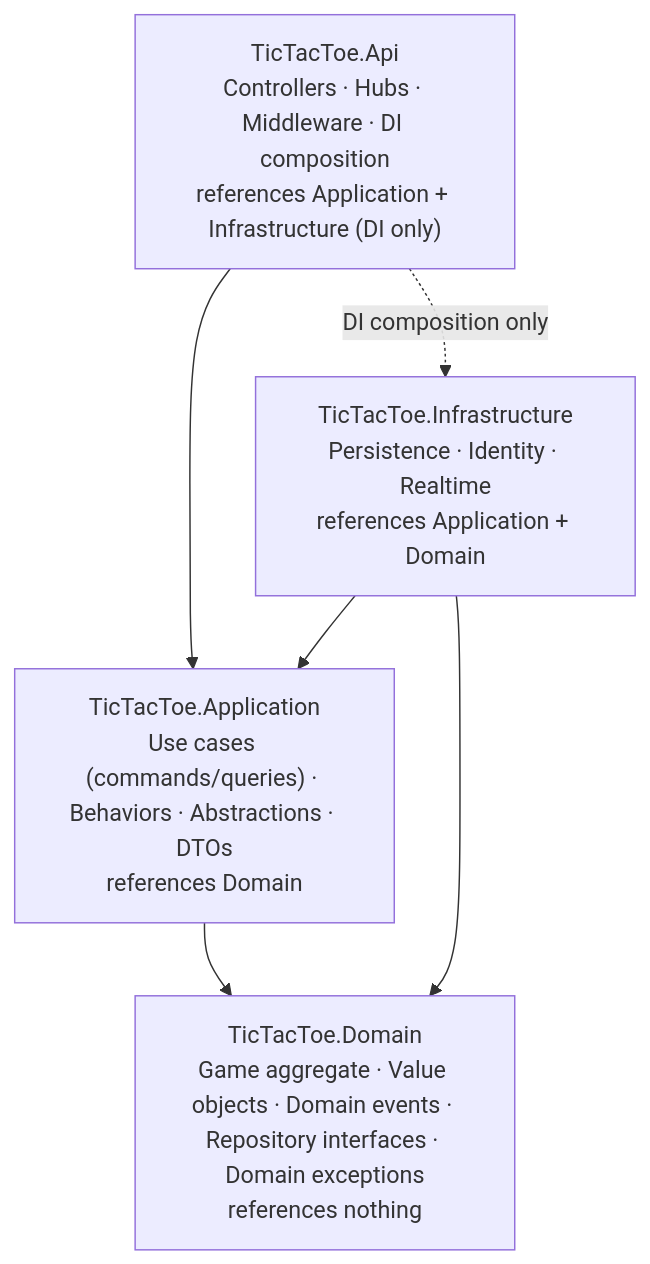
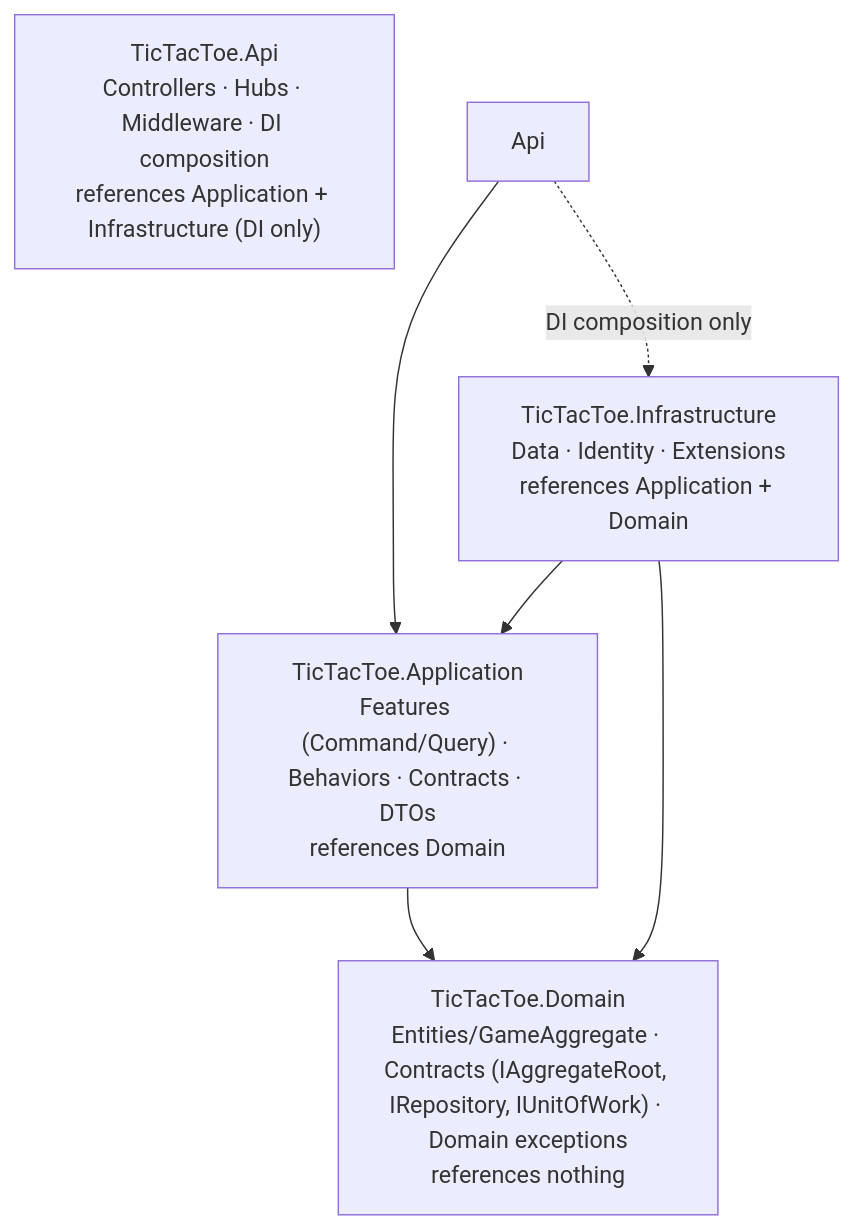
Before and after one commit to Nur-Al-Mumit/tic-tac-toe: the first of 2 diagrams in docs/01-architecture/clean-architecture-ddd.md, drawn with Mermaid. The commit also changed other lines of this file and 19 other files, not shown here.

First line of the commit message:
docs: align architecture, testing and CI documentation with the feature-based layout

````diff
--- a/docs/01-architecture/clean-architecture-ddd.md
+++ b/docs/01-architecture/clean-architecture-ddd.md
@@ -13,13 +13,13 @@
 ```mermaid
 flowchart TD
-    Api["TicTacToe.Api<br/>Controllers · Hubs · Middleware · DI composition<br/>references Application + Infrastructure (DI only)"]
-    Infra["TicTacToe.Infrastructure<br/>Persistence · Identity · Realtime<br/>references Application + Domain"]
-    App["TicTacToe.Application<br/>Use cases (commands/queries) · Behaviors · Abstractions · DTOs<br/>references Domain"]
-    Domain["TicTacToe.Domain<br/>Game aggregate · Value objects · Domain events · Repository interfaces · Domain exceptions<br/>references nothing"]
+    Web["TicTacToe.Api<br/>Controllers · Hubs · Middleware · DI composition<br/>references Application + Infrastructure (DI only)"]
+    Infra["TicTacToe.Infrastructure<br/>Data · Identity · Extensions<br/>references Application + Domain"]
+    App["TicTacToe.Application<br/>Features (Command/Query) · Behaviors · Contracts · DTOs<br/>references Domain"]
+    Domain["TicTacToe.Domain<br/>Entities/GameAggregate · Contracts (IAggregateRoot, IRepository, IUnitOfWork) · Domain exceptions<br/>references nothing"]
 
     Api --> App
     Api -.->|DI composition only| Infra
     Infra --> App
     Infra --> Domain
     App --> Domain
 ```
````
